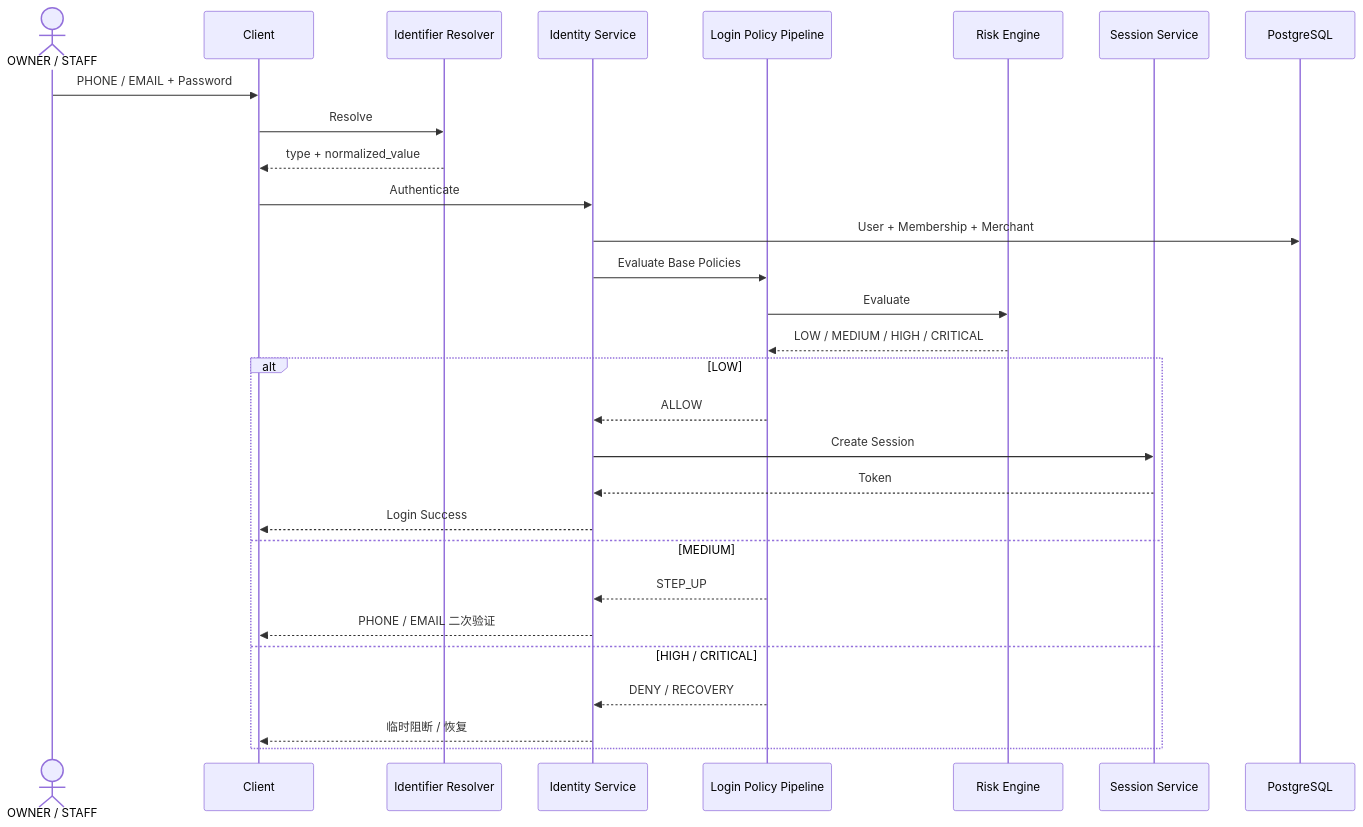
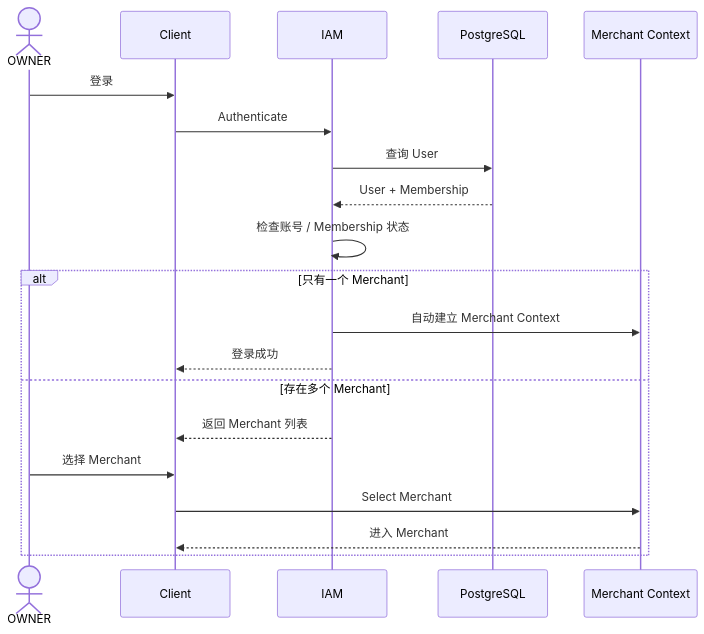
One commit to sxyq/mastergoods changed the third of 12 diagrams in docs/system-design/01-账户与身份/02-登录与会话.md. Above: the diagram before and after it, drawn with Mermaid. The commit also changed other lines of this file and 12 other files, not shown here.

Commit message:
docs(system-design): sync detailed design and explain flows

````diff
--- a/docs/system-design/01-账户与身份/02-登录与会话.md
+++ b/docs/system-design/01-账户与身份/02-登录与会话.md
@@ -20,34 +132,25 @@
 ```mermaid
 sequenceDiagram
-    actor U as OWNER / STAFF
+    actor O as OWNER
     participant C as Client
-    participant RES as Identifier Resolver
-    participant IAM as Identity Service
-    participant POLICY as Login Policy Pipeline
-    participant RISK as Risk Engine
-    participant SESSION as Session Service
+    participant IAM as IAM
     participant DB as PostgreSQL
+    participant CTX as Merchant Context
 
-    U->>C: PHONE / EMAIL + Password
-    C->>RES: Resolve
-    RES-->>C: type + normalized_value
+    O->>C: 登录
+    C->>IAM: Authenticate
+    IAM->>DB: 查询 User
+    DB-->>IAM: User + Membership
 
-    C->>IAM: Authenticate
-    IAM->>DB: User + Membership + Merchant
-    IAM->>POLICY: Evaluate Base Policies
-    POLICY->>RISK: Evaluate
-    RISK-->>POLICY: LOW / MEDIUM / HIGH / CRITICAL
+    IAM->>IAM: 检查账号 / Membership 状态
 
-    alt LOW
-        POLICY-->>IAM: ALLOW
-        IAM->>SESSION: Create Session
-        SESSION-->>IAM: Token
-        IAM-->>C: Login Success
-    else MEDIUM
-        POLICY-->>IAM: STEP_UP
-        IAM-->>C: PHONE / EMAIL 二次验证
-    else HIGH / CRITICAL
-        POLICY-->>IAM: DENY / RECOVERY
-        IAM-->>C: 临时阻断 / 恢复
+    alt 只有一个 Merchant
+        IAM->>CTX: 自动建立 Merchant Context
+        IAM-->>C: 登录成功
+    else 存在多个 Merchant
+        IAM-->>C: 返回 Merchant 列表
+        O->>C: 选择 Merchant
+        C->>CTX: Select Merchant
+        CTX-->>C: 进入 Merchant
     end
 ```
````
